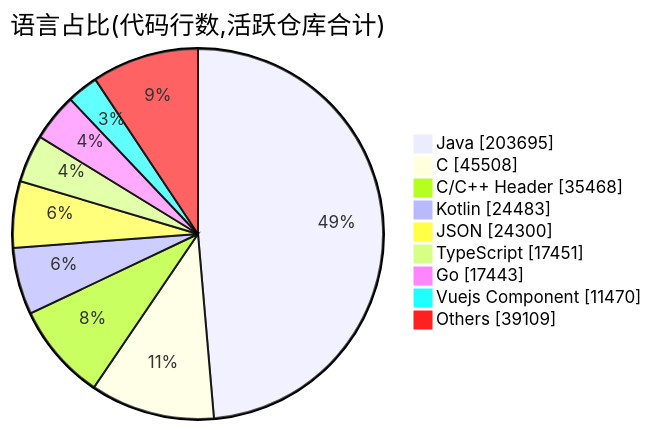
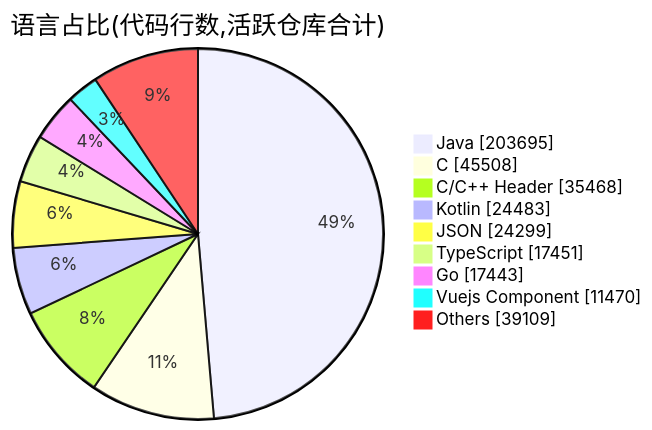
The second of 2 diagrams in profile/README.md (Conflux-Union/.github), drawn with Mermaid before and after one commit. The commit also changed other lines of this file and 1 other file, not shown here.

````diff
--- a/profile/README.md
+++ b/profile/README.md
@@ -82,13 +82,13 @@
 ```mermaid
 pie showData
     title 语言占比(代码行数,活跃仓库合计)
     "Java" : 203695
     "C" : 45508
     "C/C++ Header" : 35468
     "Kotlin" : 24483
-    "JSON" : 24300
+    "JSON" : 24299
     "TypeScript" : 17451
     "Go" : 17443
     "Vuejs Component" : 11470
     "Others" : 39109
 ```
````
